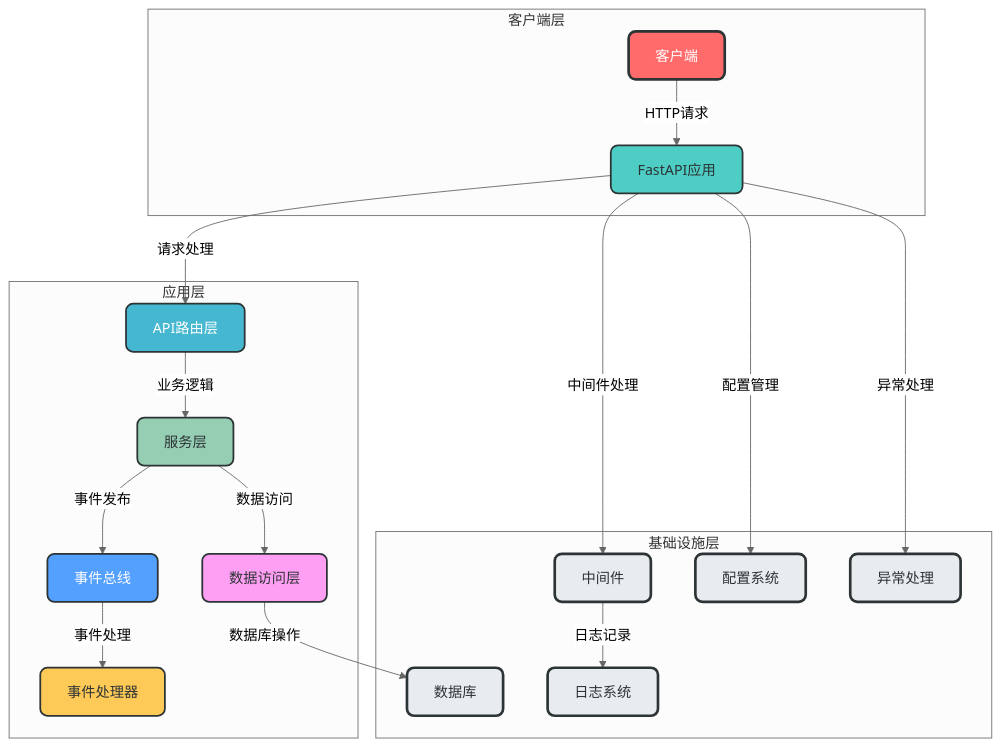
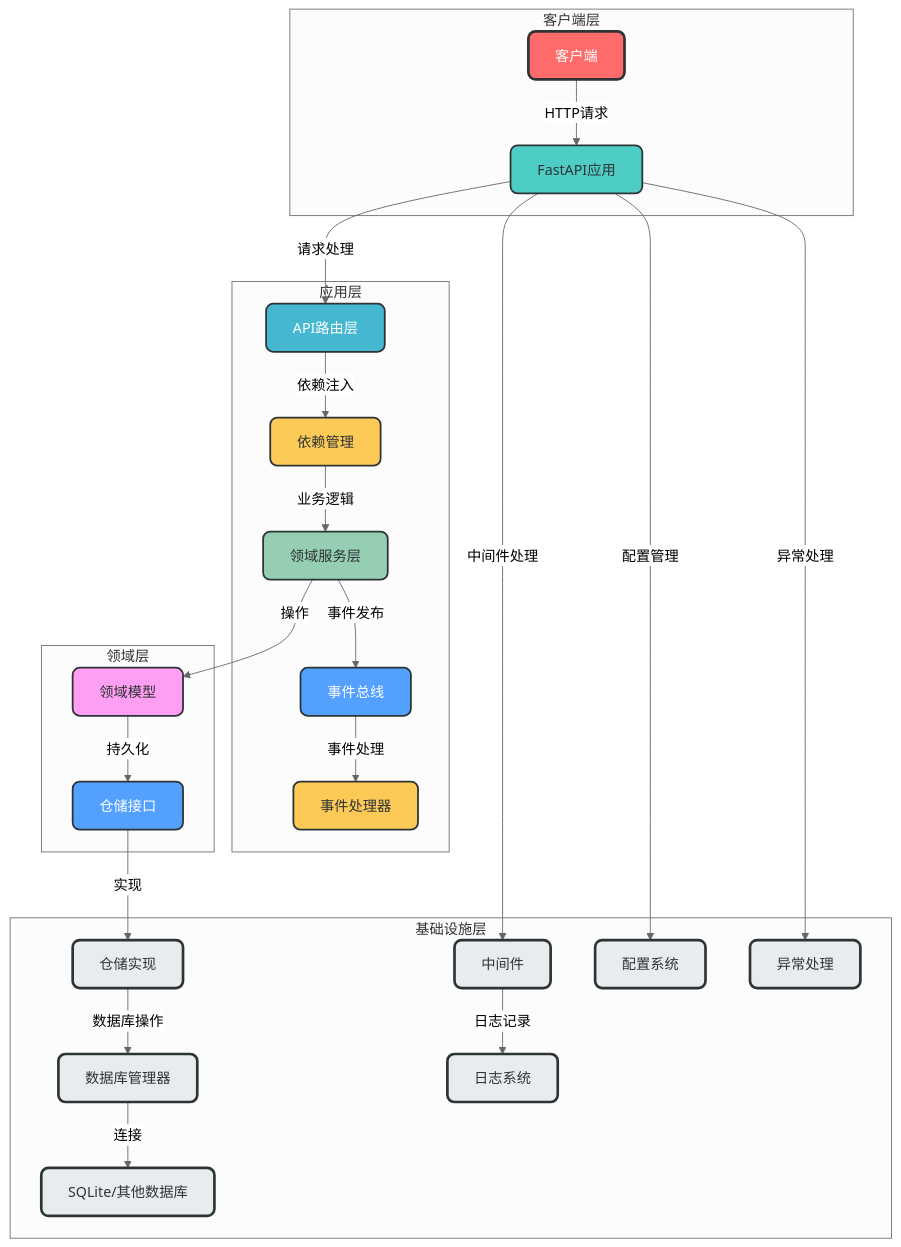
One commit to amuqiao/fastapi-enterprise-framework-template changed the first of 4 diagrams in README.md. Above: the diagram before and after it, drawn with Mermaid (neutral theme). The commit also changed other lines of this file and 3 other files, not shown here.

````diff
--- a/README.md
+++ b/README.md
@@ -11,35 +11,46 @@
 ```mermaid
 graph TD
     subgraph 客户端层
         A[客户端] -->|HTTP请求| B[FastAPI应用]
     end
 
     subgraph 应用层
         B -->|请求处理| C[API路由层]
-        C -->|业务逻辑| D[服务层]
-        D -->|数据访问| E[数据访问层]
-        D -->|事件发布| F[事件总线]
+        C -->|依赖注入| D[依赖管理]
+        D -->|业务逻辑| E[领域服务层]
+        E -->|事件发布| F[事件总线]
         F -->|事件处理| G[事件处理器]
     end
 
+    subgraph 领域层
+        E -->|操作| H[领域模型]
+        H -->|持久化| I[仓储接口]
+    end
+
     subgraph 基础设施层
-        E -->|数据库操作| H[数据库]
-        B -->|中间件处理| I[中间件]
-        B -->|配置管理| J[配置系统]
-        B -->|异常处理| K[异常处理]
-        I -->|日志记录| L[日志系统]
+        I -->|实现| J[仓储实现]
+        J -->|数据库操作| K[数据库管理器]
+        K -->|连接| L[SQLite/其他数据库]
+        B -->|中间件处理| M[中间件]
+        B -->|配置管理| N[配置系统]
+        B -->|异常处理| O[异常处理]
+        M -->|日志记录| P[日志系统]
     end
 
     style A fill:#FF6B6B,stroke:#2D3436,stroke-width:3px,color:white,rx:8,ry:8
     style B fill:#4ECDC4,stroke:#2D3436,stroke-width:2px,color:#2D3436,rx:8,ry:8
     style C fill:#45B7D1,stroke:#2D3436,stroke-width:2px,color:white,rx:8,ry:8
-    style D fill:#96CEB4,stroke:#2D3436,stroke-width:2px,color:#2D3436,rx:8,ry:8
-    style E fill:#FF9FF3,stroke:#2D3436,stroke-width:2px,color:#2D3436,rx:8,ry:8
+    style D fill:#FECA57,stroke:#2D3436,stroke-width:2px,color:#2D3436,rx:8,ry:8
+    style E fill:#96CEB4,stroke:#2D3436,stroke-width:2px,color:#2D3436,rx:8,ry:8
     style F fill:#54A0FF,stroke:#2D3436,stroke-width:2px,color:white,rx:8,ry:8
     style G fill:#FECA57,stroke:#2D3436,stroke-width:2px,color:#2D3436,rx:8,ry:8
-    style H fill:#E9ECEF,stroke:#2D3436,stroke-width:3px,color:#2D3436,rx:8,ry:8
-    style I fill:#E9ECEF,stroke:#2D3436,stroke-width:3px,color:#2D3436,rx:8,ry:8
+    style H fill:#FF9FF3,stroke:#2D3436,stroke-width:2px,color:#2D3436,rx:8,ry:8
+    style I fill:#54A0FF,stroke:#2D3436,stroke-width:2px,color:white,rx:8,ry:8
     style J fill:#E9ECEF,stroke:#2D3436,stroke-width:3px,color:#2D3436,rx:8,ry:8
     style K fill:#E9ECEF,stroke:#2D3436,stroke-width:3px,color:#2D3436,rx:8,ry:8
     style L fill:#E9ECEF,stroke:#2D3436,stroke-width:3px,color:#2D3436,rx:8,ry:8
+    style M fill:#E9ECEF,stroke:#2D3436,stroke-width:3px,color:#2D3436,rx:8,ry:8
+    style N fill:#E9ECEF,stroke:#2D3436,stroke-width:3px,color:#2D3436,rx:8,ry:8
+    style O fill:#E9ECEF,stroke:#2D3436,stroke-width:3px,color:#2D3436,rx:8,ry:8
+    style P fill:#E9ECEF,stroke:#2D3436,stroke-width:3px,color:#2D3436,rx:8,ry:8
 ```
````
